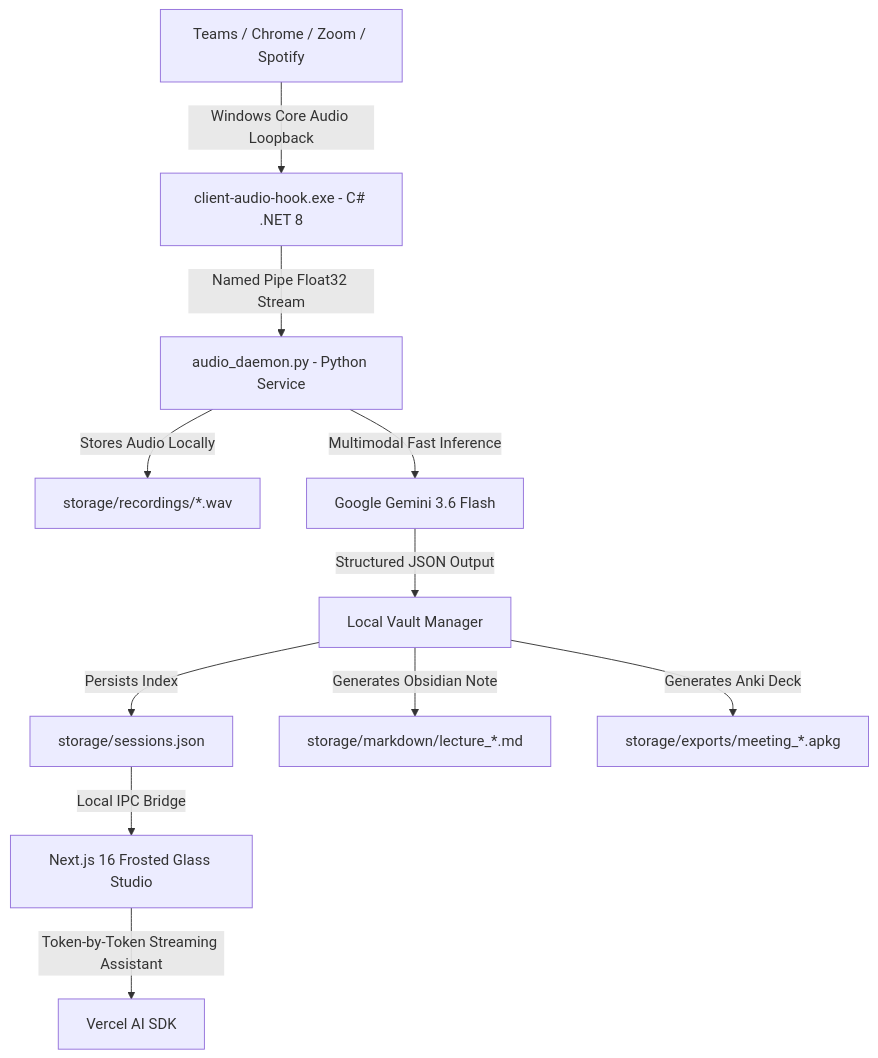
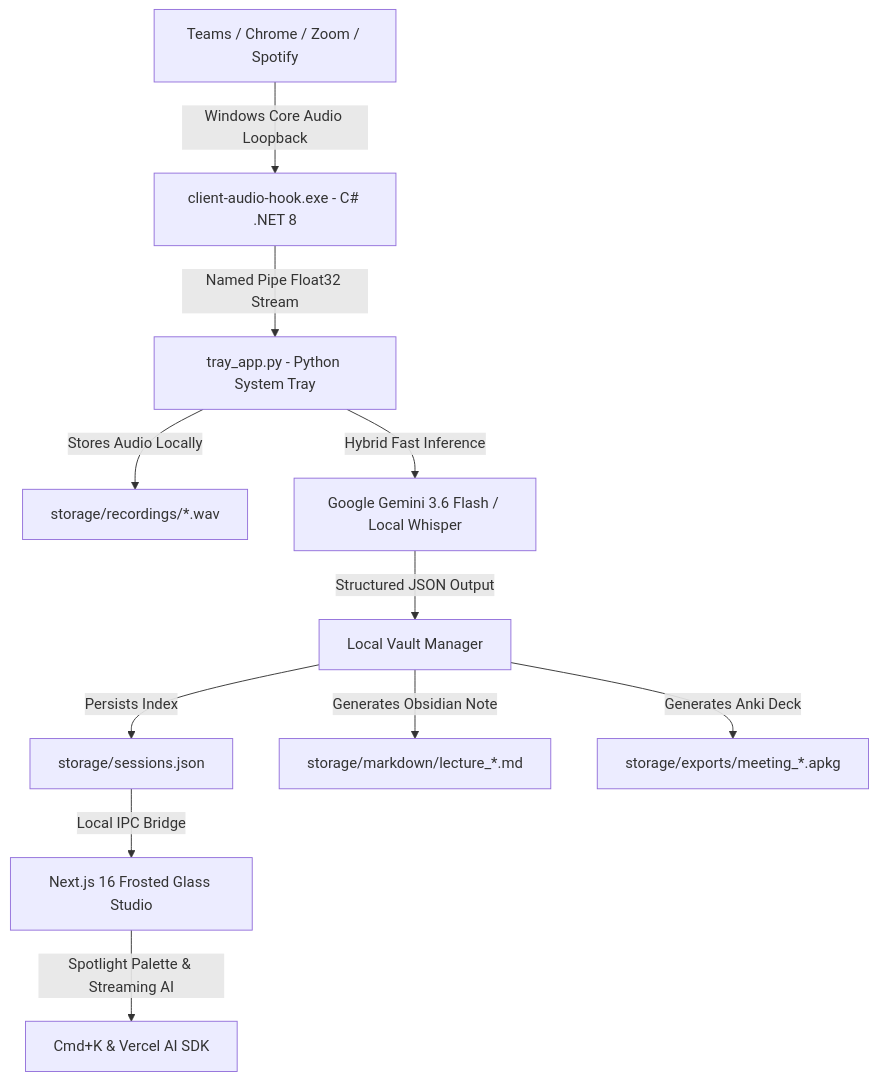
One commit to editorrylix/nexus-ai-lecture-studio changed the diagram in README.md. Above: the diagram before and after it, drawn with Mermaid. The commit also changed other lines of this file and 2 other files, not shown here.

Commit message:
feat: modern Windows 11 tray flyout, fix cursor jump glitch, zero-obstruction text hover, and offline model roadmap

````diff
--- a/README.md
+++ b/README.md
@@ -63,13 +87,13 @@
 ```mermaid
 graph TD
     A[Teams / Chrome / Zoom / Spotify] -->|Windows Core Audio Loopback| B[client-audio-hook.exe - C# .NET 8]
-    B -->|Named Pipe Float32 Stream| C[audio_daemon.py - Python Service]
+    B -->|Named Pipe Float32 Stream| C[tray_app.py - Python System Tray]
     C -->|Stores Audio Locally| D[storage/recordings/*.wav]
-    C -->|Multimodal Fast Inference| E[Google Gemini 3.6 Flash]
+    C -->|Hybrid Fast Inference| E[Google Gemini 3.6 Flash / Local Whisper]
     E -->|Structured JSON Output| F[Local Vault Manager]
     F -->|Persists Index| G[storage/sessions.json]
     F -->|Generates Obsidian Note| H[storage/markdown/lecture_*.md]
     F -->|Generates Anki Deck| I[storage/exports/meeting_*.apkg]
     G -->|Local IPC Bridge| J[Next.js 16 Frosted Glass Studio]
-    J -->|Token-by-Token Streaming Assistant| K[Vercel AI SDK]
+    J -->|Spotlight Palette & Streaming AI| K[Cmd+K & Vercel AI SDK]
 ```
````
